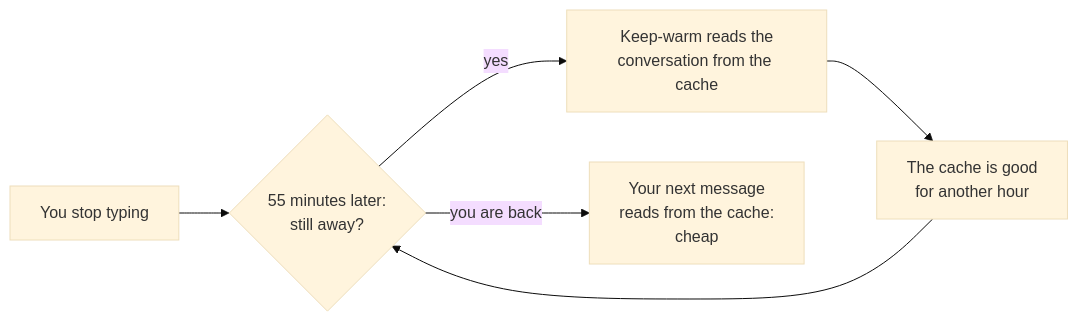
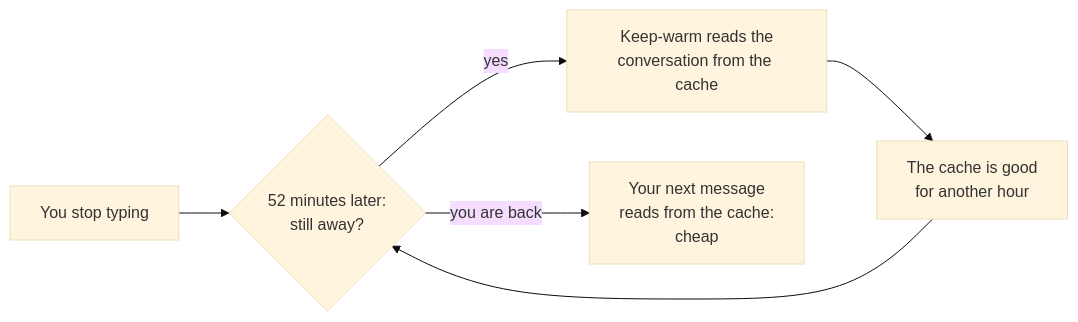
The diagram in README.md (andreichiritescu/claude-code-cache-keep-warm), drawn with Mermaid (base theme) before and after one commit. The commit also changed other lines of this file and 3 other files, not shown here.

````diff
--- a/README.md
+++ b/README.md
@@ -118,8 +118,8 @@
 ```mermaid
 flowchart LR
-    A["You stop typing"] --> B{"55 minutes later:<br/>still away?"}
+    A["You stop typing"] --> B{"52 minutes later:<br/>still away?"}
     B -- yes --> C["Keep-warm reads the<br/>conversation from the cache"]
     C --> D["The cache is good<br/>for another hour"]
     D --> B
     B -- "you are back" --> E["Your next message<br/>reads from the cache:<br/>cheap"]
 ```
````
